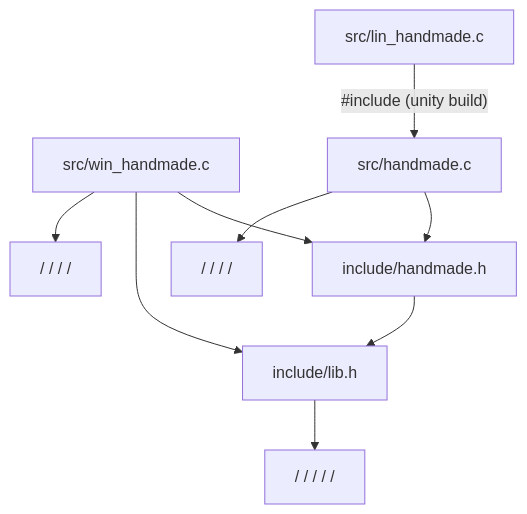
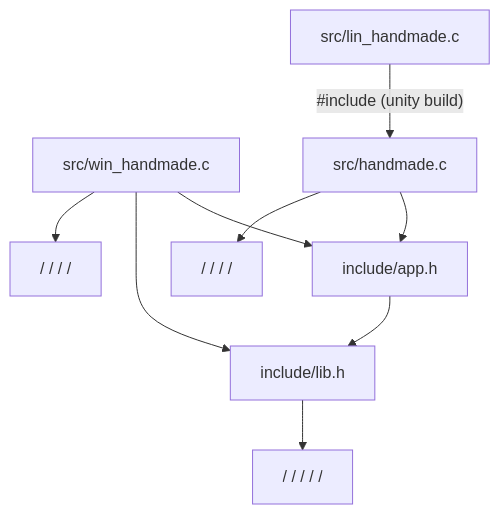
Before and after one commit to fhdiaze/handmade: the second of 2 diagrams in readme.md, drawn with Mermaid. The commit also changed 7 other files, not shown here.

````diff
--- a/readme.md
+++ b/readme.md
@@ -15,21 +15,21 @@
 ```mermaid
 graph TD
     lin["src/lin_handmade.c"]
     win["src/win_handmade.c"]
     handmade_c["src/handmade.c"]
-    handmade_h["include/handmade.h"]
+    handmade_h["include/app.h"]
     lib_h["include/lib.h"]
 
     win_sys["<windows.h> / <dsound.h> / <xinput.h> / <stdint.h> / <stdio.h>"]
     std_lib["<assert.h> / <limits.h> / <stddef.h> / <stdint.h> / <stdlib.h>"]
     lib_sys["<assert.h> / <math.h> / <stdint.h> / <stdio.h> / <time.h> / <intrin.h>"]
 
     lin -->|"#include (unity build)"| handmade_c
     handmade_c --> handmade_h
     handmade_c --> std_lib
     win --> handmade_h
     win --> lib_h
     win --> win_sys
     handmade_h --> lib_h
     lib_h --> lib_sys
 ```
````
